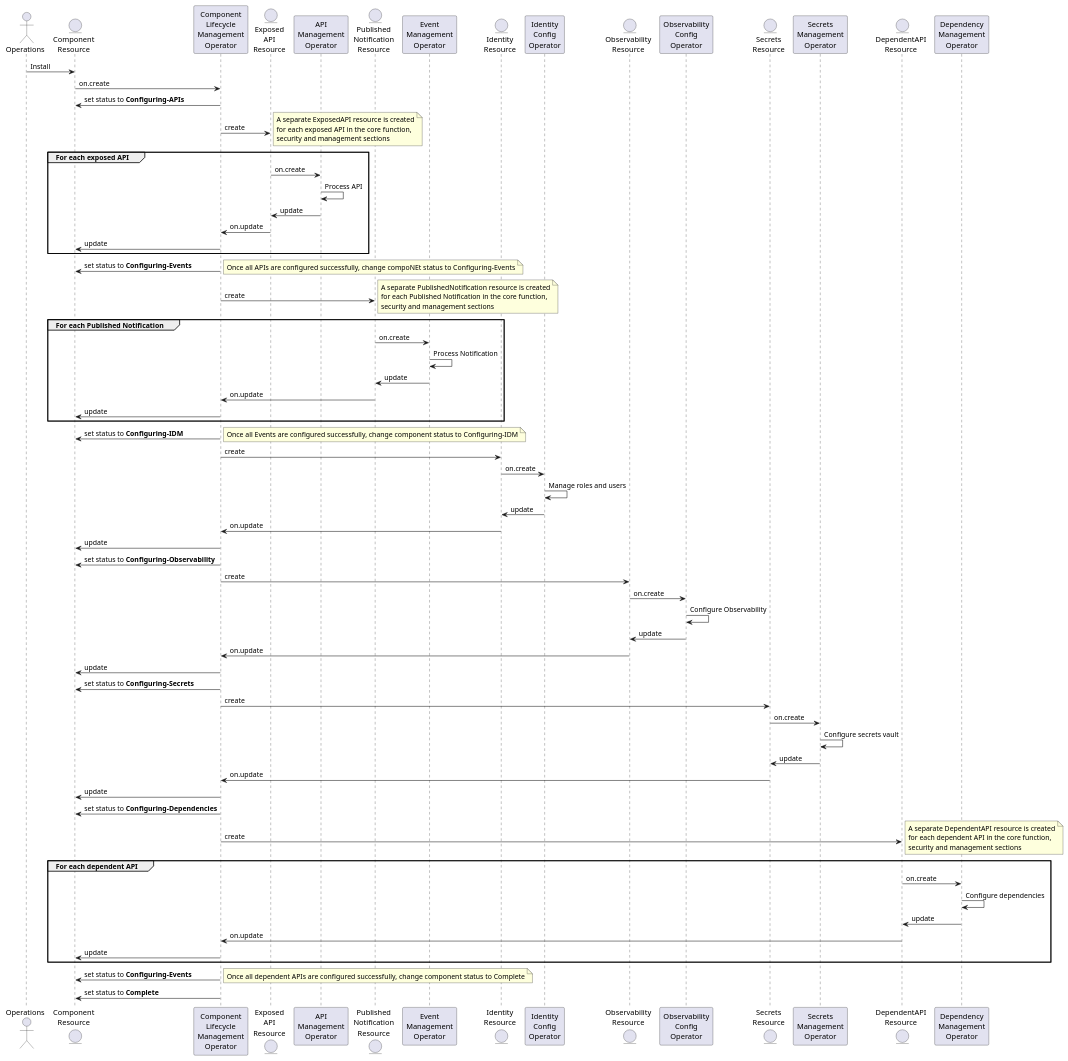
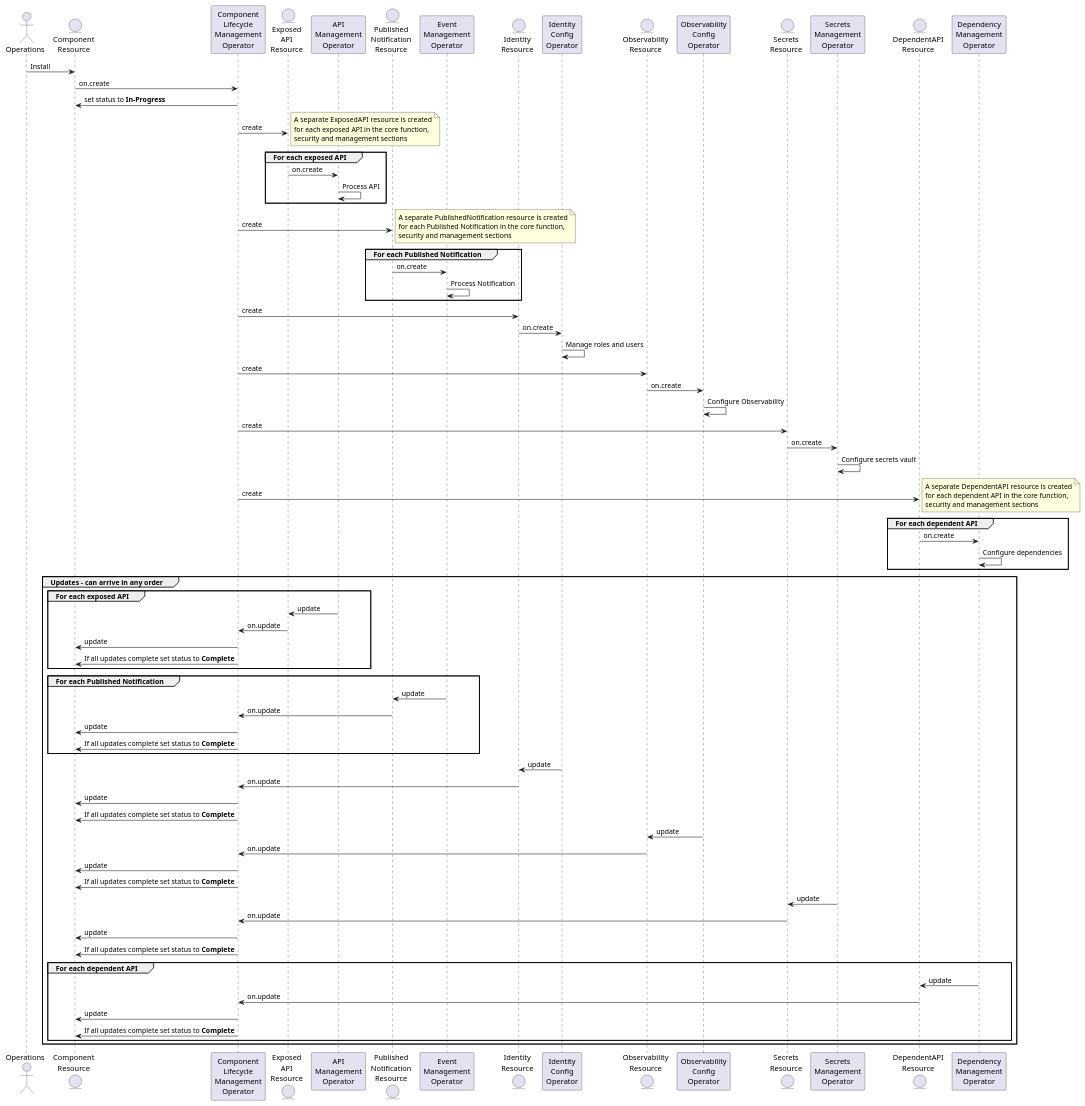
Before and after one commit to tmforum-oda/oda-canvas: the diagram in usecase-library/pumlFiles/manage-components-install.puml, drawn with PlantUML. The commit also changed 2 other files, not shown here.

Commit message:
Updated component lifecycle management to remove state machine with interim states.

```diff
--- a/usecase-library/pumlFiles/manage-components-install.puml
+++ b/usecase-library/pumlFiles/manage-components-install.puml
@@ -1,103 +1,109 @@
 @startuml
 
 actor Operations
 entity "Component\nResource" as Component
 participant "Component\nLifecycle\nManagement\nOperator" as ComponentOperator
 entity "Exposed\nAPI\nResource" as ExposedAPI
 participant "API\nManagement\nOperator" as APIExposureOperator
 entity "Published\nNotification\nResource" as PublishedNotification
 participant "Event\nManagement\nOperator" as EventOperator
 entity "Identity\nResource" as Identity
 participant "Identity\nConfig\nOperator" as IdentityOperator
 entity "Observability\nResource" as Observability
 participant "Observability\nConfig\nOperator" as ObservabilityOperator
 entity "Secrets\nResource" as Secrets
 participant "Secrets\nManagement\nOperator" as SecretsOperator
 entity "DependentAPI\nResource" as DependentAPI
 participant "Dependency\nManagement\nOperator" as DependencyOperator
 
 
 Component <- Operations : Install
 Component -> ComponentOperator: on.create 
-Component <- ComponentOperator: set status to **Configuring-APIs** 
+Component <- ComponentOperator: set status to **In-Progress** 
 ComponentOperator -> ExposedAPI: create
 note right
     A separate ExposedAPI resource is created
     for each exposed API in the core function,
     security and management sections
 end note
 group For each exposed API
     ExposedAPI -> APIExposureOperator: on.create 
     APIExposureOperator -> APIExposureOperator: Process API
-    ExposedAPI <- APIExposureOperator: update
-    ComponentOperator <- ExposedAPI: on.update
-    Component <- ComponentOperator: update 
 end
-Component <- ComponentOperator: set status to **Configuring-Events** 
-note right
-    Once all APIs are configured successfully, change compoNEt status to Configuring-Events
-end note
+
 
 ComponentOperator -> PublishedNotification: create
 note right
     A separate PublishedNotification resource is created
     for each Published Notification in the core function,
     security and management sections
 end note
 group For each Published Notification
     PublishedNotification -> EventOperator: on.create 
     EventOperator -> EventOperator: Process Notification
-    PublishedNotification <- EventOperator: update
-    ComponentOperator <- PublishedNotification: on.update
-    Component <- ComponentOperator: update 
 end
-Component <- ComponentOperator: set status to **Configuring-IDM** 
-note right
-    Once all Events are configured successfully, change component status to Configuring-IDM
-end note
 
 ComponentOperator -> Identity: create
 Identity -> IdentityOperator: on.create
 IdentityOperator -> IdentityOperator: Manage roles and users
-Identity <- IdentityOperator: update
-ComponentOperator <- Identity: on.update
-Component <- ComponentOperator: update 
 
-Component <- ComponentOperator: set status to **Configuring-Observability** 
 ComponentOperator -> Observability: create
 Observability -> ObservabilityOperator: on.create
 ObservabilityOperator -> ObservabilityOperator: Configure Observability
-Observability <- ObservabilityOperator: update
-ComponentOperator <- Observability: on.update
-Component <- ComponentOperator: update 
 
-Component <- ComponentOperator: set status to **Configuring-Secrets** 
 ComponentOperator -> Secrets: create
 Secrets -> SecretsOperator: on.create
 SecretsOperator -> SecretsOperator: Configure secrets vault
-Secrets <- SecretsOperator: update
-ComponentOperator <- Secrets: on.update
-Component <- ComponentOperator: update 
 
-Component <- ComponentOperator: set status to **Configuring-Dependencies** 
 ComponentOperator -> DependentAPI: create
 note right
     A separate DependentAPI resource is created
     for each dependent API in the core function,
     security and management sections
 end note
 group For each dependent API
     DependentAPI -> DependencyOperator: on.create
     DependencyOperator -> DependencyOperator: Configure dependencies
-    DependentAPI <- DependencyOperator: update
-    ComponentOperator <- DependentAPI: on.update
+end
+
+
+
+group Updates - can arrive in any order
+    group For each exposed API
+        ExposedAPI <- APIExposureOperator: update
+        ComponentOperator <- ExposedAPI: on.update
+        Component <- ComponentOperator: update 
+        Component <- ComponentOperator: If all updates complete set status to **Complete** 
+    end
+
+    group For each Published Notification
+        PublishedNotification <- EventOperator: update
+        ComponentOperator <- PublishedNotification: on.update
+        Component <- ComponentOperator: update 
+        Component <- ComponentOperator: If all updates complete set status to **Complete** 
+    end
+
+    Identity <- IdentityOperator: update
+    ComponentOperator <- Identity: on.update
+    Component <- ComponentOperator: update
+    Component <- ComponentOperator: If all updates complete set status to **Complete** 
+
+    Observability <- ObservabilityOperator: update
+    ComponentOperator <- Observability: on.update
     Component <- ComponentOperator: update 
-end
-Component <- ComponentOperator: set status to **Configuring-Events** 
-note right
-    Once all dependent APIs are configured successfully, change component status to Complete
-end note
+    Component <- ComponentOperator: If all updates complete set status to **Complete** 
 
-Component <- ComponentOperator: set status to **Complete** 
+    Secrets <- SecretsOperator: update
+    ComponentOperator <- Secrets: on.update
+    Component <- ComponentOperator: update 
+    Component <- ComponentOperator: If all updates complete set status to **Complete** 
 
+    group For each dependent API
+        DependentAPI <- DependencyOperator: update
+        ComponentOperator <- DependentAPI: on.update
+        Component <- ComponentOperator: update 
+        Component <- ComponentOperator: If all updates complete set status to **Complete** 
+    end
+    
+End group
 @enduml
```
